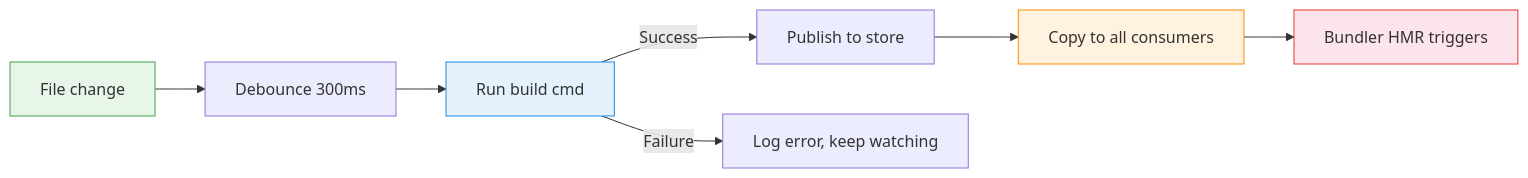
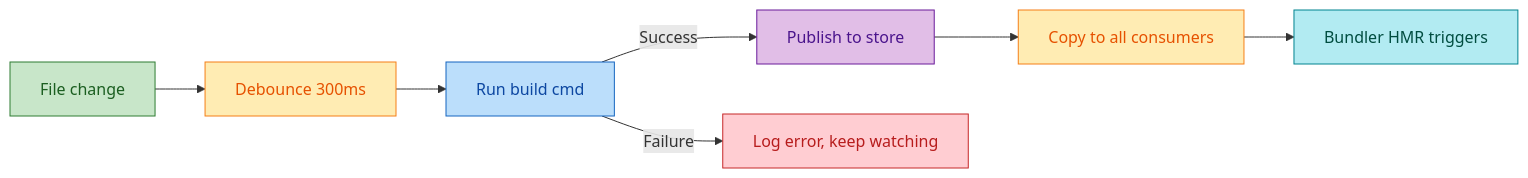
Before and after one commit to oleg-kuibar/plunk: the second of 2 diagrams in docs/getting-started.md, drawn with Mermaid. The commit also changed other lines of this file and 10 other files, not shown here.

First line of the commit message:
docs: theme-safe mermaid colors, tighten prose

````diff
--- a/docs/getting-started.md
+++ b/docs/getting-started.md
@@ -92,14 +98,17 @@
 ```mermaid
 graph LR
     A[File change] --> B[Debounce 300ms]
     B --> C[Run build cmd]
     C -->|Success| D[Publish to store]
     C -->|Failure| E[Log error, keep watching]
     D --> F[Copy to all consumers]
     F --> G[Bundler HMR triggers]
 
-    style A fill:#e8f5e9,stroke:#43a047
-    style C fill:#e3f2fd,stroke:#1e88e5
-    style F fill:#fff3e0,stroke:#fb8c00
-    style G fill:#fce4ec,stroke:#e53935
+    style A fill:#c8e6c9,stroke:#2e7d32,color:#1b5e20
+    style B fill:#ffecb3,stroke:#f57f17,color:#e65100
+    style C fill:#bbdefb,stroke:#1565c0,color:#0d47a1
+    style D fill:#e1bee7,stroke:#6a1b9a,color:#4a148c
+    style E fill:#ffcdd2,stroke:#c62828,color:#b71c1c
+    style F fill:#ffecb3,stroke:#f57f17,color:#e65100
+    style G fill:#b2ebf2,stroke:#00838f,color:#004d40
 ```
````
